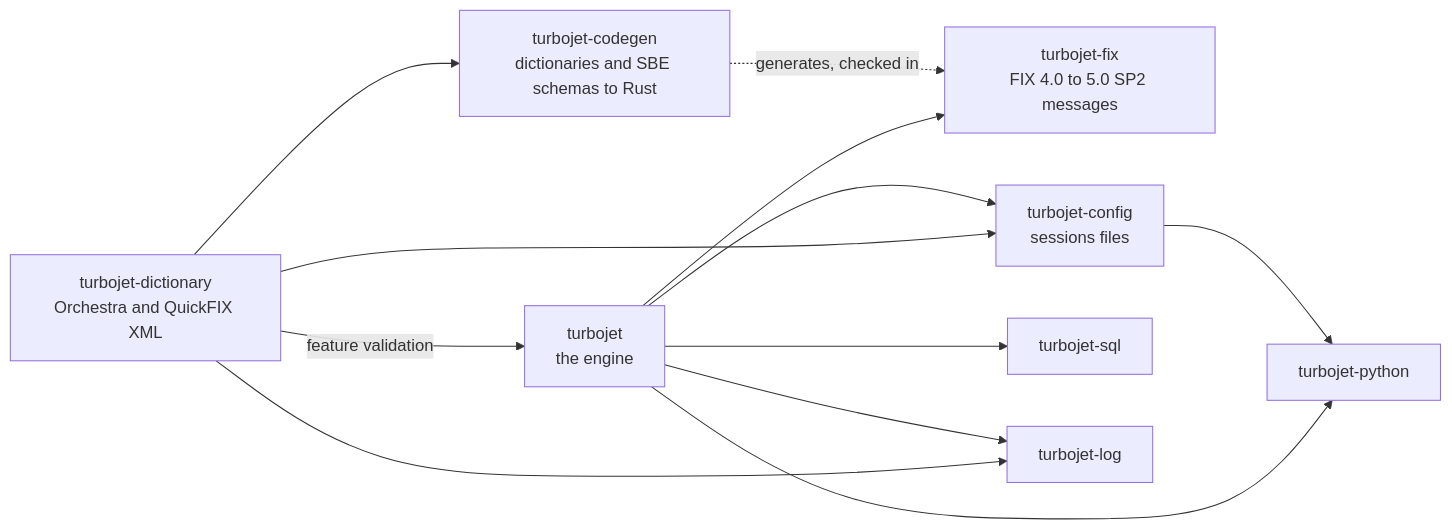
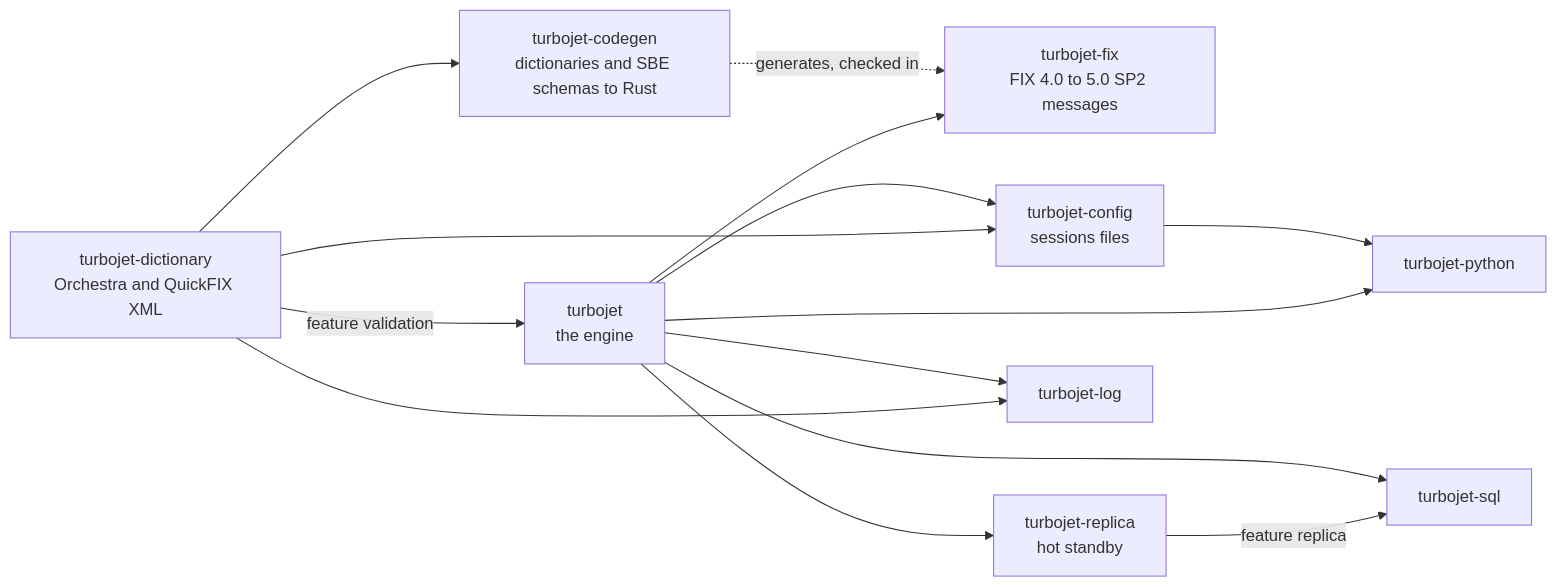
Before and after one commit to jrogers/turbojet: the first of 4 diagrams in docs/ARCHITECTURE.md, drawn with Mermaid. The commit also changed other lines of this file and 8 other files, not shown here.

````diff
--- a/docs/ARCHITECTURE.md
+++ b/docs/ARCHITECTURE.md
@@ -9,23 +9,26 @@
 ```mermaid
 flowchart LR
     dictionary[turbojet-dictionary<br/>Orchestra and QuickFIX XML]
     codegen[turbojet-codegen<br/>dictionaries and SBE schemas to Rust]
     engine[turbojet<br/>the engine]
     fix[turbojet-fix<br/>FIX 4.0 to 5.0 SP2 messages]
     config[turbojet-config<br/>sessions files]
     sql[turbojet-sql]
+    replica[turbojet-replica<br/>hot standby]
     log[turbojet-log]
     python[turbojet-python]
 
     dictionary --> codegen
     codegen -. "generates, checked in" .-> fix
     dictionary -- "feature validation" --> engine
     engine --> fix
     engine --> config
     dictionary --> config
     engine --> sql
+    engine --> replica
+    replica -- "feature replica" --> sql
     engine --> log
     dictionary --> log
     config --> python
     engine --> python
 ```
````
